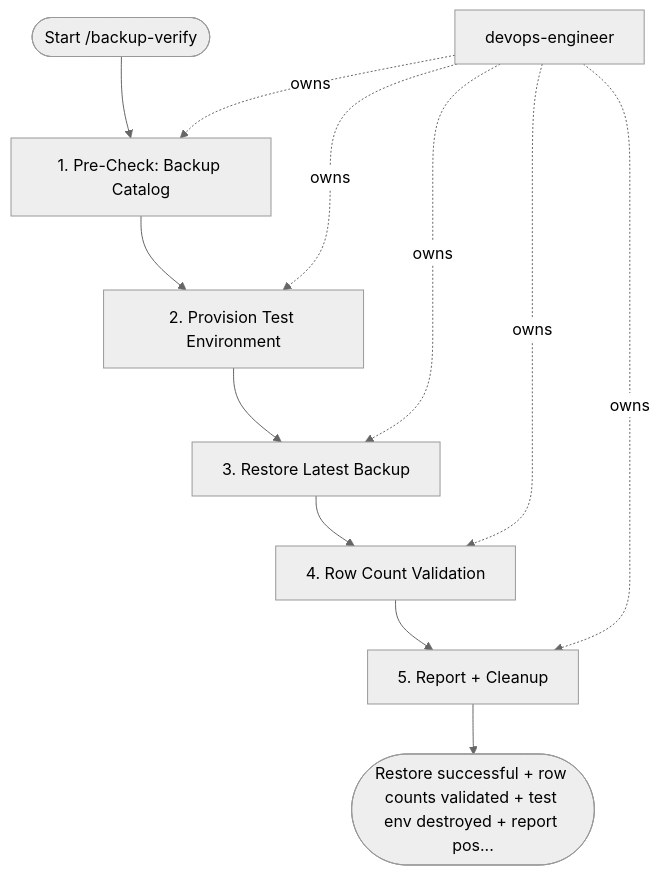
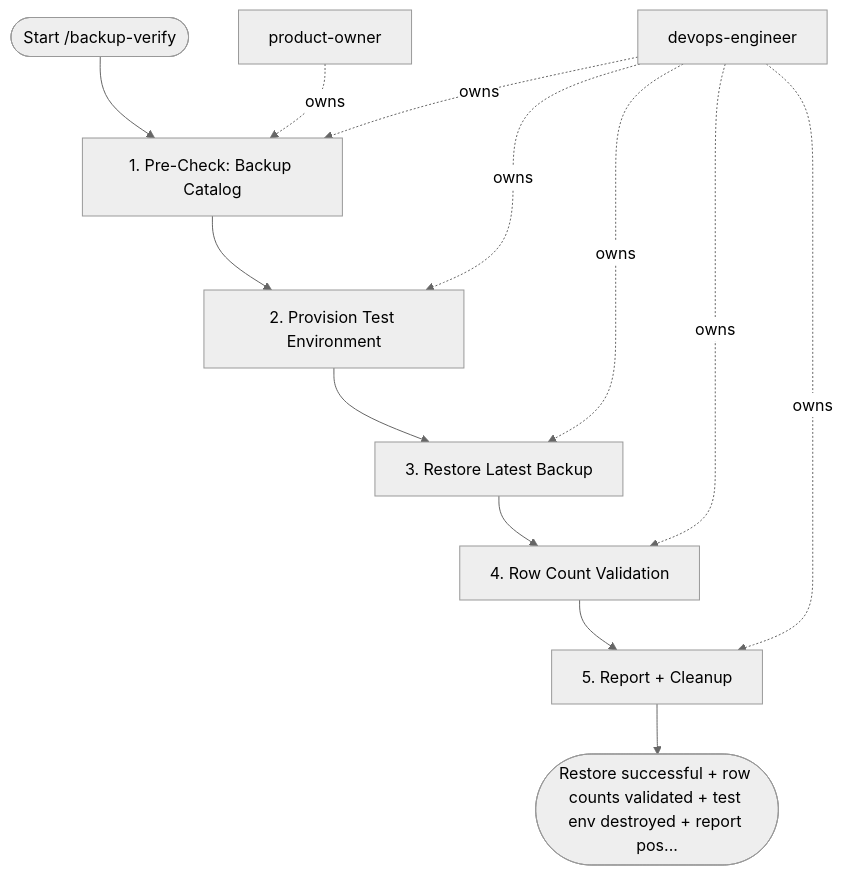
Before and after one commit to sawrus/agent-guides: the diagram in areas/devops/database-ops/workflows/backup-verify.md, drawn with Mermaid (neutral theme). The commit also changed other lines of this file and 76 other files, not shown here.

Commit message:
Standardize workflow product owner initiation

````diff
--- a/areas/devops/database-ops/workflows/backup-verify.md
+++ b/areas/devops/database-ops/workflows/backup-verify.md
@@ -109,22 +109,24 @@
 ```mermaid
 flowchart TD
   start(["Start /backup-verify"])
-  role_1["devops-engineer"]
+  role_1["product-owner"]
+  role_2["devops-engineer"]
   step_1["1. Pre-Check: Backup Catalog"]
   step_2["2. Provision Test Environment"]
   step_3["3. Restore Latest Backup"]
   step_4["4. Row Count Validation"]
   step_5["5. Report + Cleanup"]
   exit(["Restore successful + row counts validated + test env destroyed + report pos..."])
   start --> step_1
   step_1 --> step_2
   step_2 --> step_3
   step_3 --> step_4
   step_4 --> step_5
   step_5 --> exit
   role_1 -. owns .-> step_1
-  role_1 -. owns .-> step_2
-  role_1 -. owns .-> step_3
-  role_1 -. owns .-> step_4
-  role_1 -. owns .-> step_5
+  role_2 -. owns .-> step_1
+  role_2 -. owns .-> step_2
+  role_2 -. owns .-> step_3
+  role_2 -. owns .-> step_4
+  role_2 -. owns .-> step_5
 ```
````
